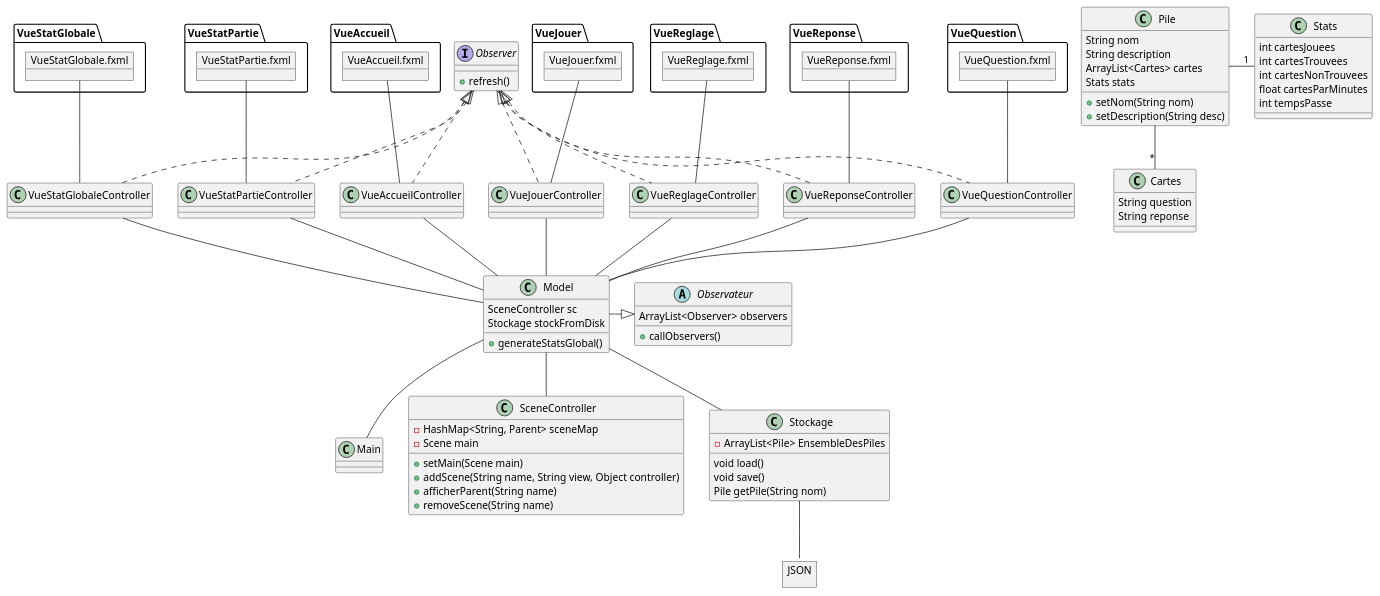
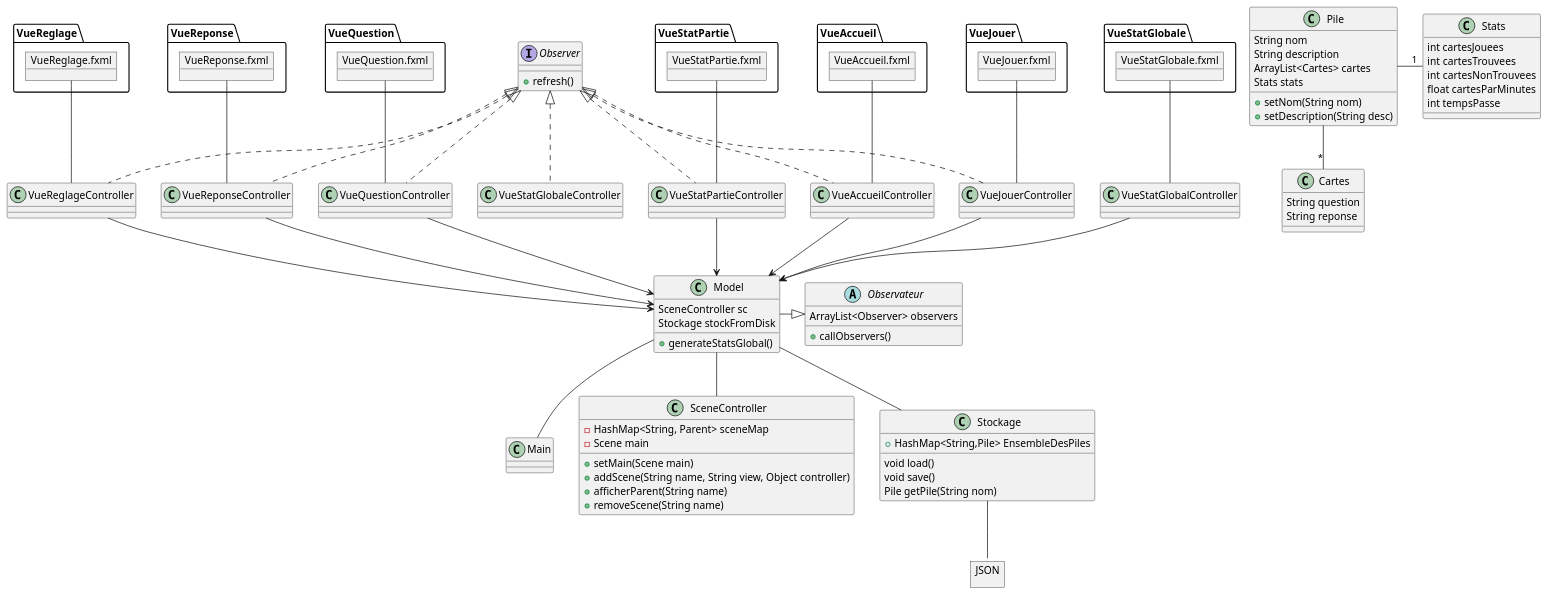
One commit to smarsou/academic-javafx-project changed the diagram in gp/classDiag.puml. Above: the diagram before and after it, drawn with PlantUML. The commit also changed 22 other files, not shown here.

Commit message:
Ajout des fichiers + Mise à jour du diagrammde de classe

```diff
--- a/gp/classDiag.puml
+++ b/gp/classDiag.puml
@@ -1,148 +1,148 @@
 @startuml
 
 class Main{
 
 }
 
 interface Observer{
     +refresh()
 }
 
 abstract Observateur{
     ArrayList<Observer> observers
     +callObservers()
 }
 
 class Model{
 
   SceneController sc
   Stockage stockFromDisk
   +generateStatsGlobal()
   
 }
 
 class SceneController{
     -HashMap<String, Parent> sceneMap
     -Scene main
     +setMain(Scene main)
     +addScene(String name, String view, Object controller)
     +afficherParent(String name)
     +removeScene(String name)
 }
 
 class Stockage {
-- ArrayList<Pile> EnsembleDesPiles
++ HashMap<String,Pile> EnsembleDesPiles
 void load()
 void save()
 Pile getPile(String nom)
 }
 
 json JSON {
 
 }
 
 class VueStatGlobaleController implements Observer{
 
 }
 
 object VueStatGlobale.fxml {
 
 }
 
 class VueStatPartieController implements Observer{
 
 }
 
 object VueStatPartie.fxml {
 
 }
 
 class VueAccueilController implements Observer{
 
 }
 
 object VueAccueil.fxml {
 
 }
 
 class VueJouerController implements Observer{
 
 }
 
 object VueJouer.fxml {
 
 }
 
 class VueReglageController implements Observer{
 
 }
 
 object VueReglage.fxml {
 
 }
 
 class VueReponseController implements Observer{
 
 }
 
 object VueReponse.fxml {
 
 }
 
 class VueQuestionController implements Observer{
 
 }
 
 class Pile{
     String nom
     String description 
     ArrayList<Cartes> cartes
     Stats stats
     +setNom(String nom)
     +setDescription(String desc)
 }
 
 class Cartes{
     String question
     String reponse 
 }
 
 class Stats{
     int cartesJouees
     int cartesTrouvees
     int cartesNonTrouvees
     float cartesParMinutes
     int tempsPasse
 }
 
 
 object VueQuestion.fxml {
 
 }
 
 Pile -down- "*" Cartes
 Pile -right- "1" Stats
 
 Main -up- Model
 Model -right-|> Observateur
 SceneController -up- Model
 Stockage -up- Model
 Stockage -- JSON
 
-VueQuestionController -- Model
-VueReponseController -- Model
-VueStatGlobaleController -- Model
-VueStatPartieController -- Model
-VueAccueilController -- Model
-VueJouerController -- Model
-VueReglageController -- Model
+VueQuestionController --> Model
+VueReponseController --> Model
+VueStatGlobalController --> Model
+VueStatPartieController --> Model
+VueAccueilController --> Model
+VueJouerController --> Model
+VueReglageController --> Model
 
 VueQuestionController -up- VueQuestion.fxml
 VueReponseController -up- VueReponse.fxml
-VueStatGlobaleController -up- VueStatGlobale.fxml
+VueStatGlobalController -up- VueStatGlobale.fxml
 VueStatPartieController -up- VueStatPartie.fxml
 VueAccueilController -up- VueAccueil.fxml
 VueJouerController -up- VueJouer.fxml
 VueReglageController -up- VueReglage.fxml
 
 @enduml
```
